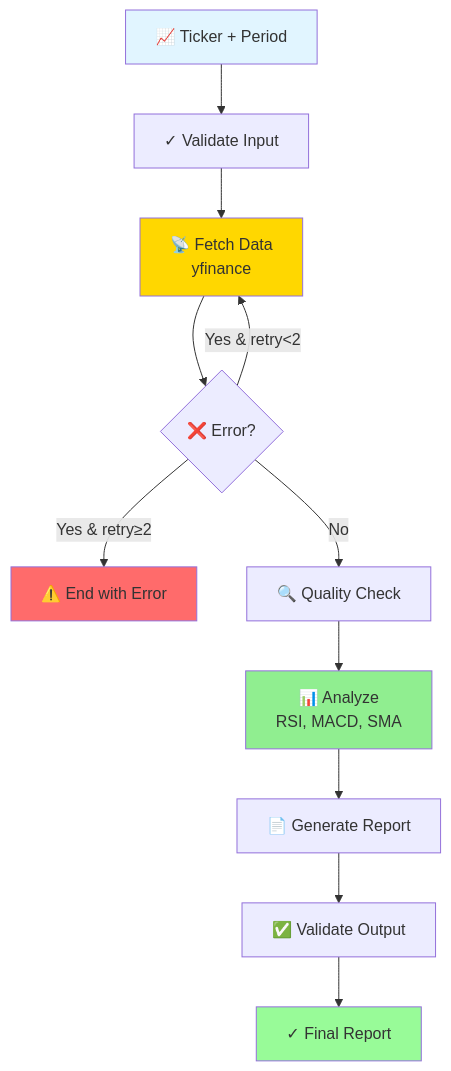
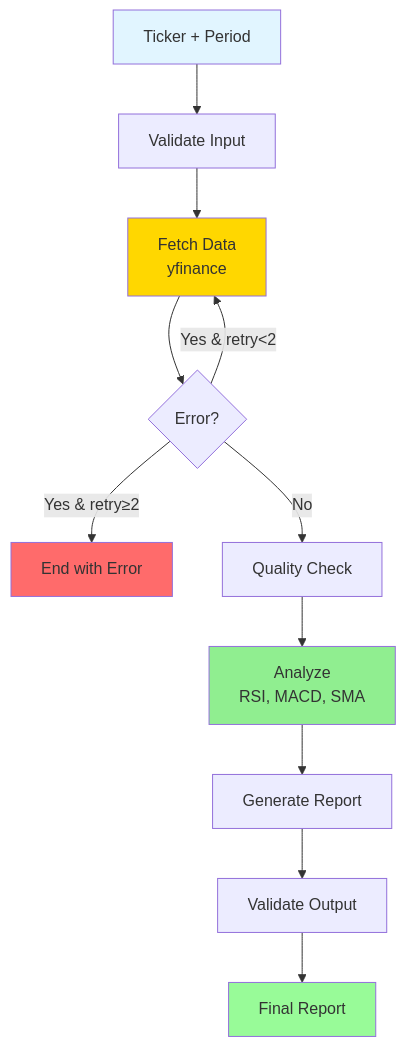
One commit to aaryan182/ai_agents_prod_langgraph changed the third of 10 diagrams in README.md. Above: the diagram before and after it, drawn with Mermaid. The commit also changed other lines of this file and 7 other files, not shown here.

````diff
--- a/README.md
+++ b/README.md
@@ -351,19 +351,19 @@
 ```mermaid
 graph TD
-    A[📈 Ticker + Period] --> B[✓ Validate Input]
-    B --> C[📡 Fetch Data<br/>yfinance]
-    C --> D{❌ Error?}
+    A[Ticker + Period] --> B[Validate Input]
+    B --> C[Fetch Data<br/>yfinance]
+    C --> D{Error?}
     D -->|Yes & retry<2| C
-    D -->|Yes & retry≥2| E[⚠️ End with Error]
-    D -->|No| F[🔍 Quality Check]
-    F --> G[📊 Analyze<br/>RSI, MACD, SMA]
-    G --> H[📄 Generate Report]
-    H --> I[✅ Validate Output]
-    I --> J[✓ Final Report]
+    D -->|Yes & retry≥2| E[End with Error]
+    D -->|No| F[Quality Check]
+    F --> G[Analyze<br/>RSI, MACD, SMA]
+    G --> H[Generate Report]
+    H --> I[Validate Output]
+    I --> J[Final Report]
     
     style A fill:#e1f5ff
     style C fill:#FFD700
     style E fill:#FF6B6B
     style G fill:#90EE90
     style J fill:#98FB98
 ```
````
